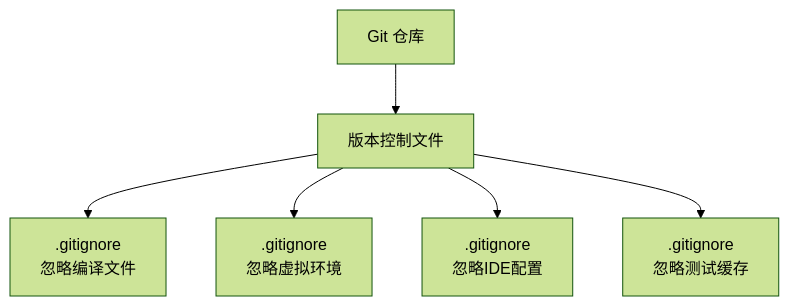
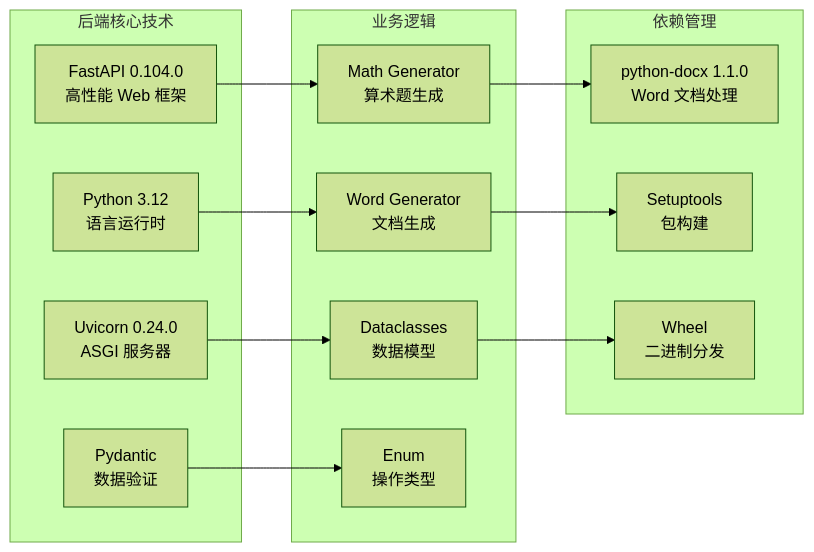
One commit to SimonWHL/math-learning changed the second of 12 diagrams in .qoder/repowiki/zh/content/项目概述.md. Above: the diagram before and after it, drawn with Mermaid (forest theme). The commit also changed other lines of this file and 18 other files, not shown here.

````diff
--- a/.qoder/repowiki/zh/content/项目概述.md
+++ b/.qoder/repowiki/zh/content/项目概述.md
@@ -83,8 +112,27 @@
 ```mermaid
-flowchart TD
-A[Git 仓库] --> B[版本控制文件]
-B --> C[.gitignore<br/>忽略编译文件]
-B --> D[.gitignore<br/>忽略虚拟环境]
-B --> E[.gitignore<br/>忽略IDE配置]
-B --> F[.gitignore<br/>忽略测试缓存]
+graph LR
+subgraph "后端核心技术"
+A[FastAPI 0.104.0<br/>高性能 Web 框架]
+B[Python 3.12<br/>语言运行时]
+C[Uvicorn 0.24.0<br/>ASGI 服务器]
+D[Pydantic<br/>数据验证]
+end
+subgraph "业务逻辑"
+E[Math Generator<br/>算术题生成]
+F[Word Generator<br/>文档生成]
+G[Dataclasses<br/>数据模型]
+H[Enum<br/>操作类型]
+end
+subgraph "依赖管理"
+I[python-docx 1.1.0<br/>Word 文档处理]
+J[Setuptools<br/>包构建]
+K[Wheel<br/>二进制分发]
+end
+A --> E
+B --> F
+C --> G
+D --> H
+E --> I
+F --> J
+G --> K
 ```
````
